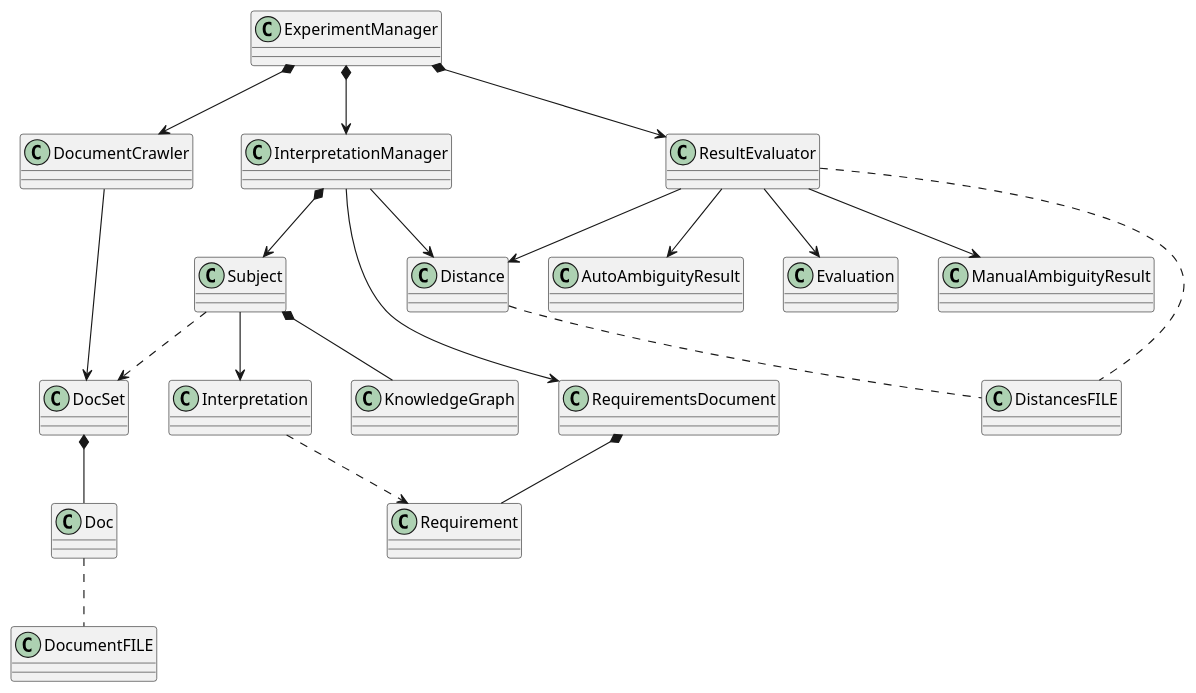
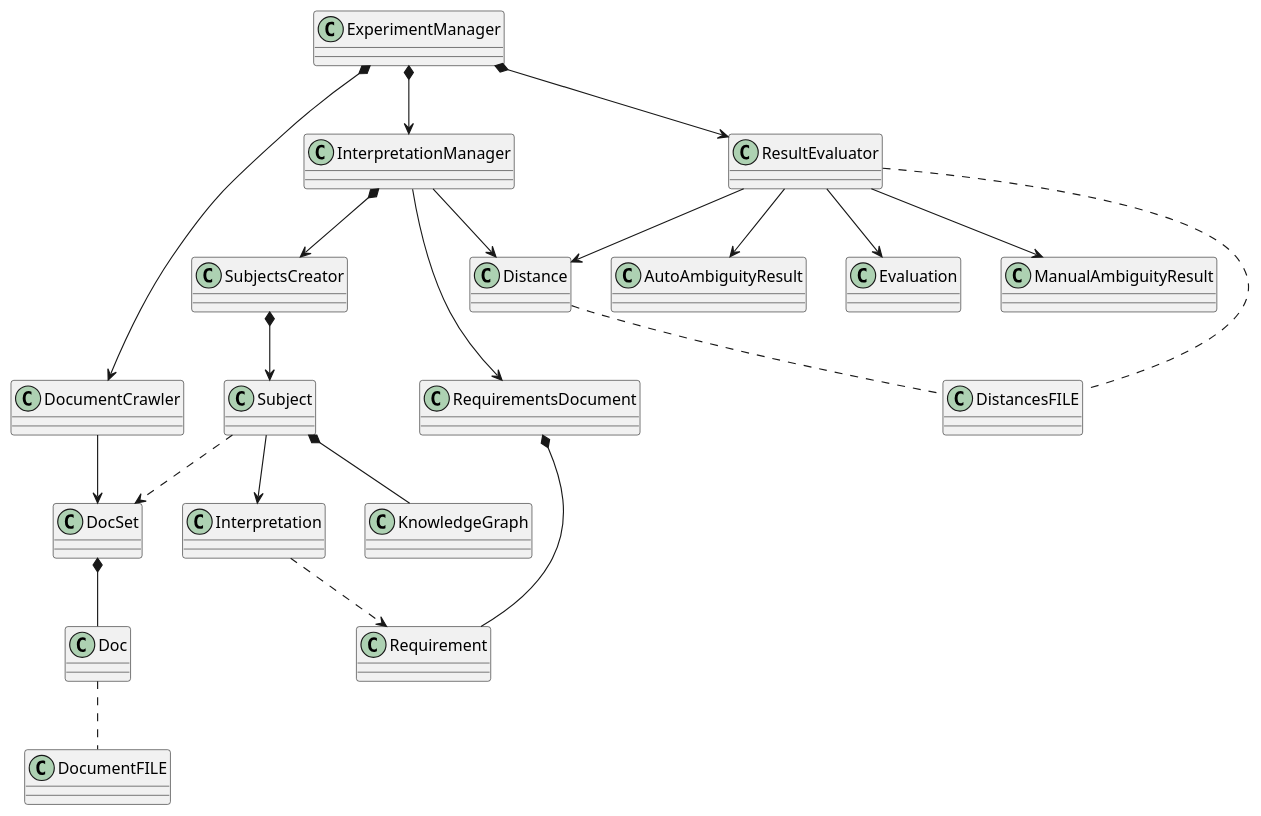
One commit to alessioferrari/workspaceAmbiguityDetection changed the diagram in conceptLinkNetwork/architecture.puml. Above: the diagram before and after it, drawn with PlantUML. The commit also changed 6 other files, not shown here.

```diff
--- a/conceptLinkNetwork/architecture.puml
+++ b/conceptLinkNetwork/architecture.puml
@@ -1,24 +1,26 @@
 @startuml
 
 ExperimentManager *-->DocumentCrawler
 ExperimentManager *-->InterpretationManager
 ExperimentManager *-->ResultEvaluator
 DocumentCrawler-->DocSet
 DocSet *-- Doc
 Doc .. DocumentFILE
-InterpretationManager *-->Subject
+InterpretationManager *--> SubjectsCreator
+SubjectsCreator *-->Subject
 Subject -->Interpretation
 Subject ..>DocSet
 Subject*--KnowledgeGraph
 InterpretationManager-->RequirementsDocument
 RequirementsDocument *-- Requirement
 Interpretation ..>Requirement
 InterpretationManager-->Distance
 ResultEvaluator-->Distance
 ResultEvaluator-->AutoAmbiguityResult
 ResultEvaluator-->Evaluation
 ResultEvaluator-->ManualAmbiguityResult
 Distance .. DistancesFILE
 ResultEvaluator .. DistancesFILE
 
+
 @enduml
```
